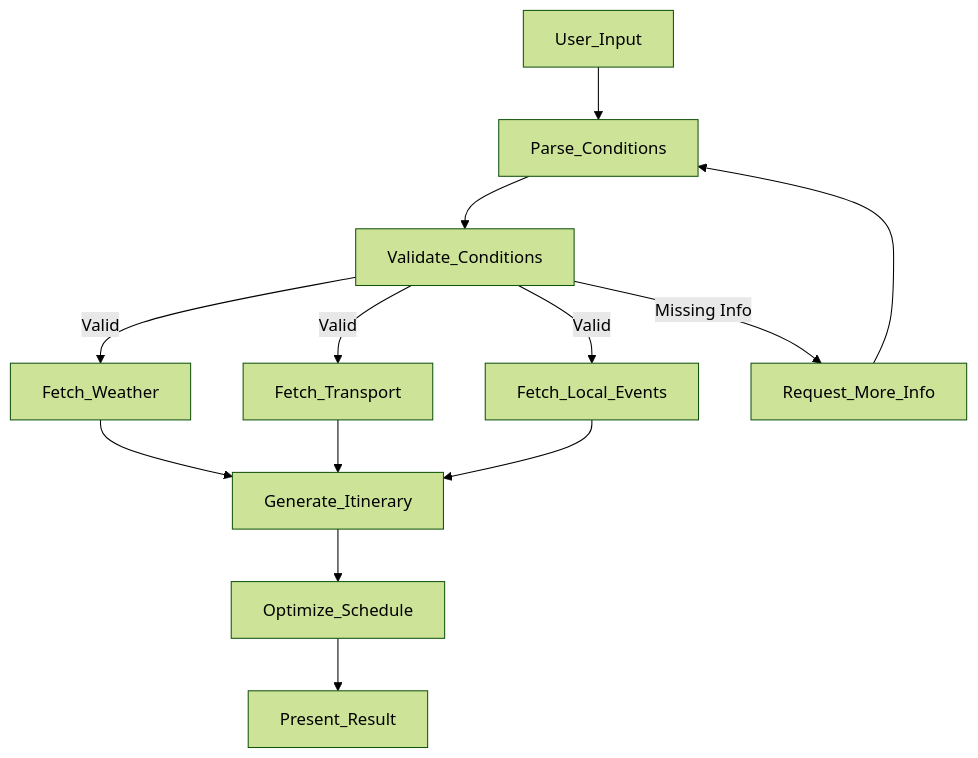
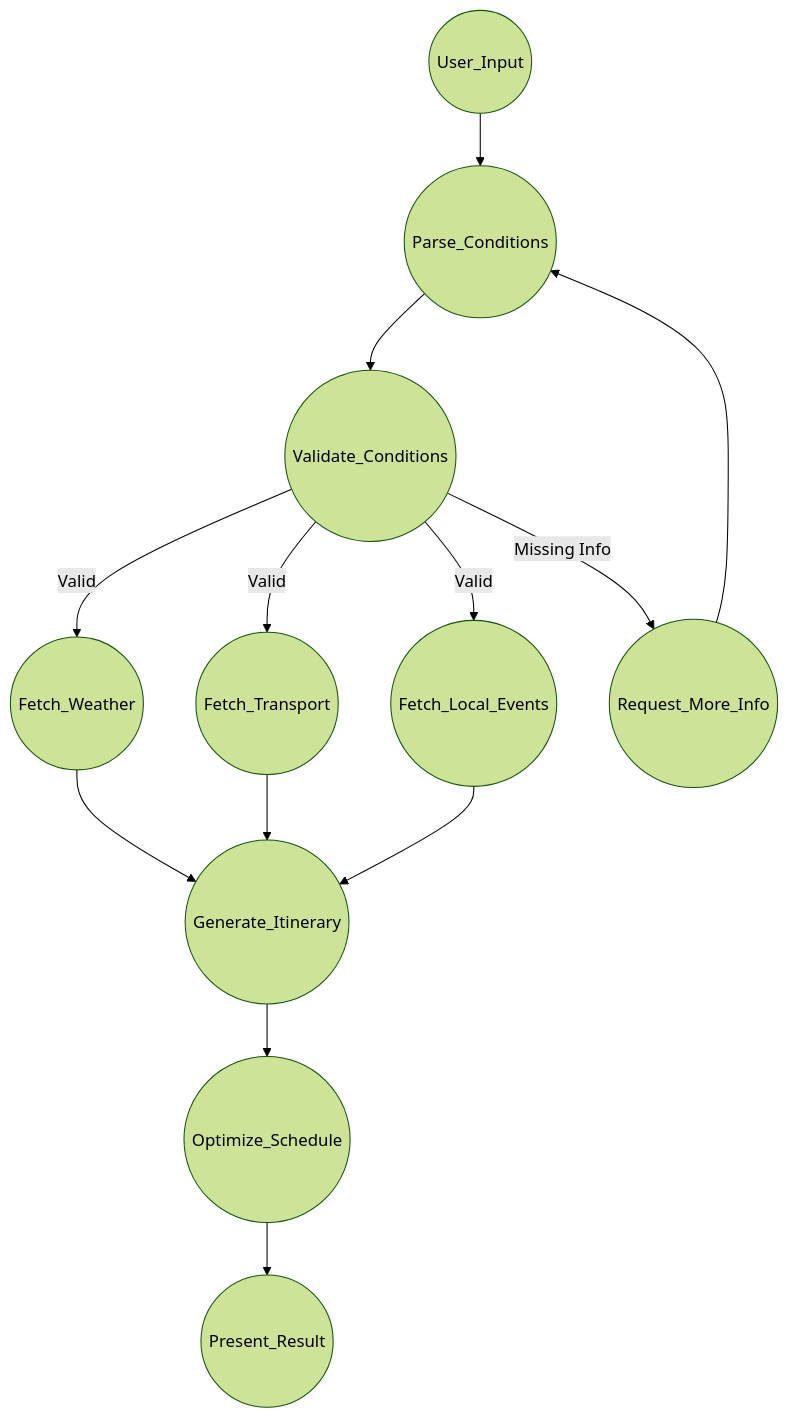
One commit to tanminkwan/agent-with-mcp changed the diagram in graph_driven_sample.md. Above: the diagram before and after it, drawn with Mermaid (forest theme).

Commit message:
Change node styles to circle in graph diagram

````diff
--- a/graph_driven_sample.md
+++ b/graph_driven_sample.md
@@ -22,37 +22,37 @@
 ```mermaid
 graph TD
 
-    %% === Nodes ===
-    A[User_Input]
-    B[Parse_Conditions]
-    C[Validate_Conditions]
-    D[Fetch_Weather]
-    E[Fetch_Transport]
-    F[Fetch_Local_Events]
-    G[Generate_Itinerary]
-    H[Optimize_Schedule]
-    I[Present_Result]
-    X[Request_More_Info]
+    %% === Nodes (circle style) ===
+    A((User_Input))
+    B((Parse_Conditions))
+    C((Validate_Conditions))
+    D((Fetch_Weather))
+    E((Fetch_Transport))
+    F((Fetch_Local_Events))
+    G((Generate_Itinerary))
+    H((Optimize_Schedule))
+    I((Present_Result))
+    X((Request_More_Info))
 
     %% === Edges with Conditions ===
     A --> B
     B --> C
 
-    %% 조건 분기: 유효성 검사 결과에 따라 흐름이 갈림
+    %% 조건 분기
     C -->|Valid| D
     C -->|Missing Info| X
 
-    %% 보완 후 다시 파싱으로 돌아감
+    %% 보완 후 다시 파싱으로 복귀
     X --> B
 
     %% 병렬 데이터 수집
     D --> G
     C -->|Valid| E
     C -->|Valid| F
     E --> G
     F --> G
 
     %% 일정 생성 후 최적화 및 결과 출력
     G --> H
     H --> I
 ```
````
